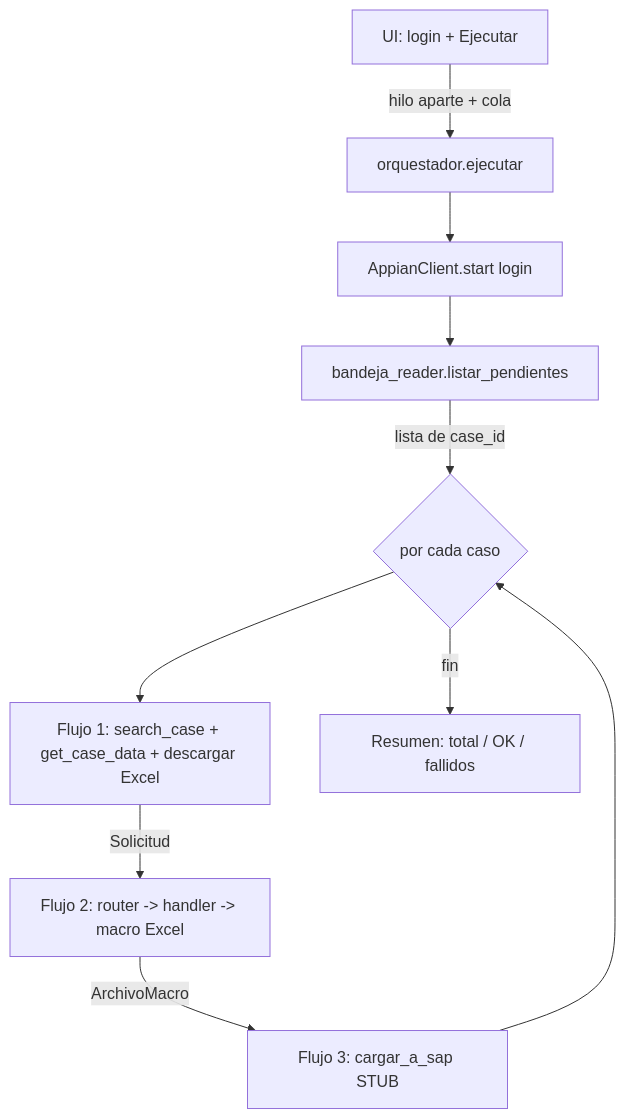
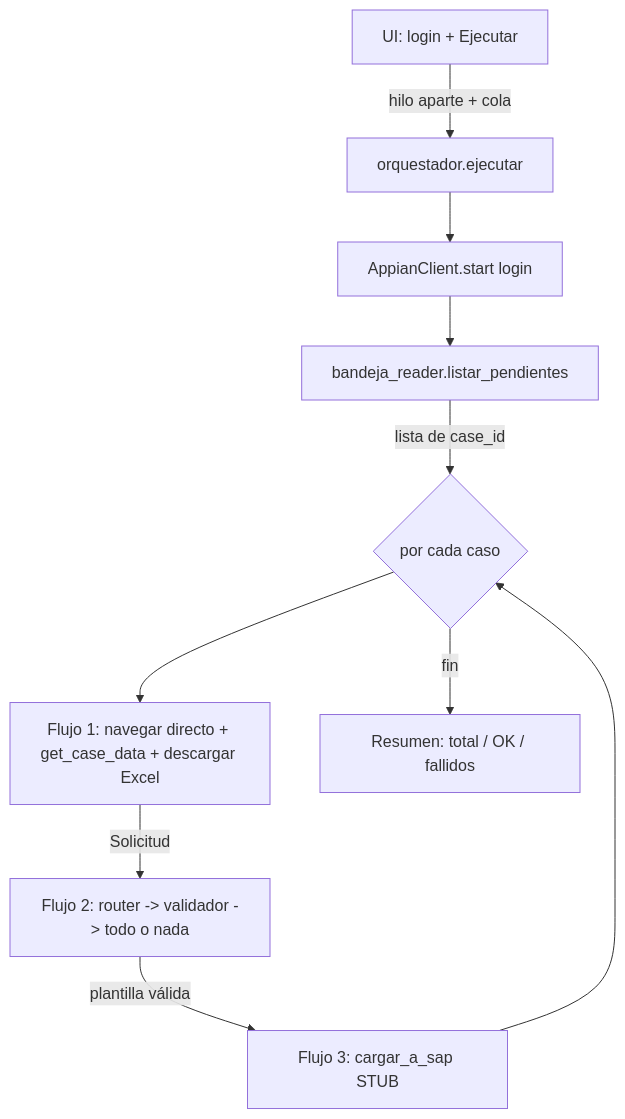
Before and after one commit to eZuLuagaRpo/activosFijos: the diagram in rpa_activos_fijos/docs/ESTADO_PROYECTO.md, drawn with Mermaid. The commit also changed other lines of this file and 27 other files, not shown here.

````diff
--- a/rpa_activos_fijos/docs/ESTADO_PROYECTO.md
+++ b/rpa_activos_fijos/docs/ESTADO_PROYECTO.md
@@ -109,12 +134,12 @@
 ```mermaid
 flowchart TD
     UI[UI: login + Ejecutar] -->|hilo aparte + cola| ORQ[orquestador.ejecutar]
     ORQ --> C[AppianClient.start login]
     C --> B[bandeja_reader.listar_pendientes]
     B -->|lista de case_id| LOOP{por cada caso}
-    LOOP --> F1[Flujo 1: search_case + get_case_data + descargar Excel]
-    F1 -->|Solicitud| F2[Flujo 2: router -> handler -> macro Excel]
-    F2 -->|ArchivoMacro| F3[Flujo 3: cargar_a_sap STUB]
+    LOOP --> F1[Flujo 1: navegar directo + get_case_data + descargar Excel]
+    F1 -->|Solicitud| F2[Flujo 2: router -> validador -> todo o nada]
+    F2 -->|plantilla válida| F3[Flujo 3: cargar_a_sap STUB]
     F3 --> LOOP
     LOOP -->|fin| R[Resumen: total / OK / fallidos]
 ```
````
